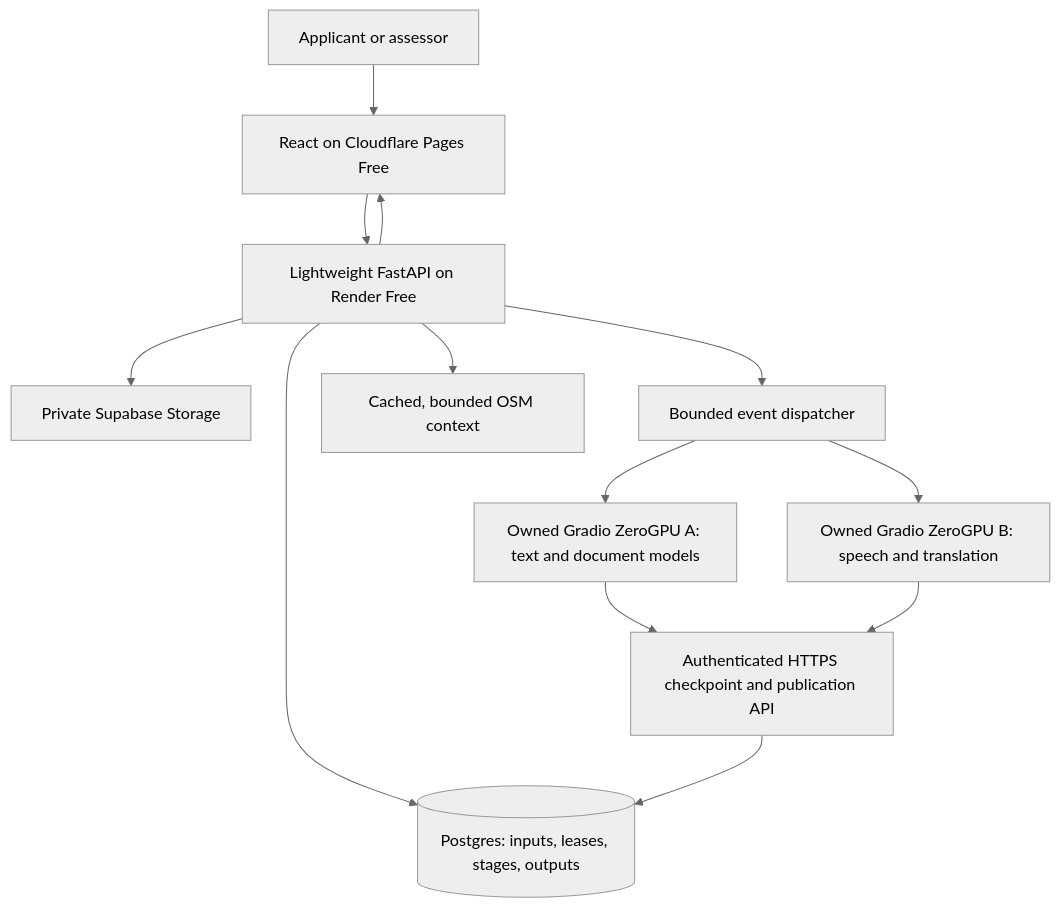
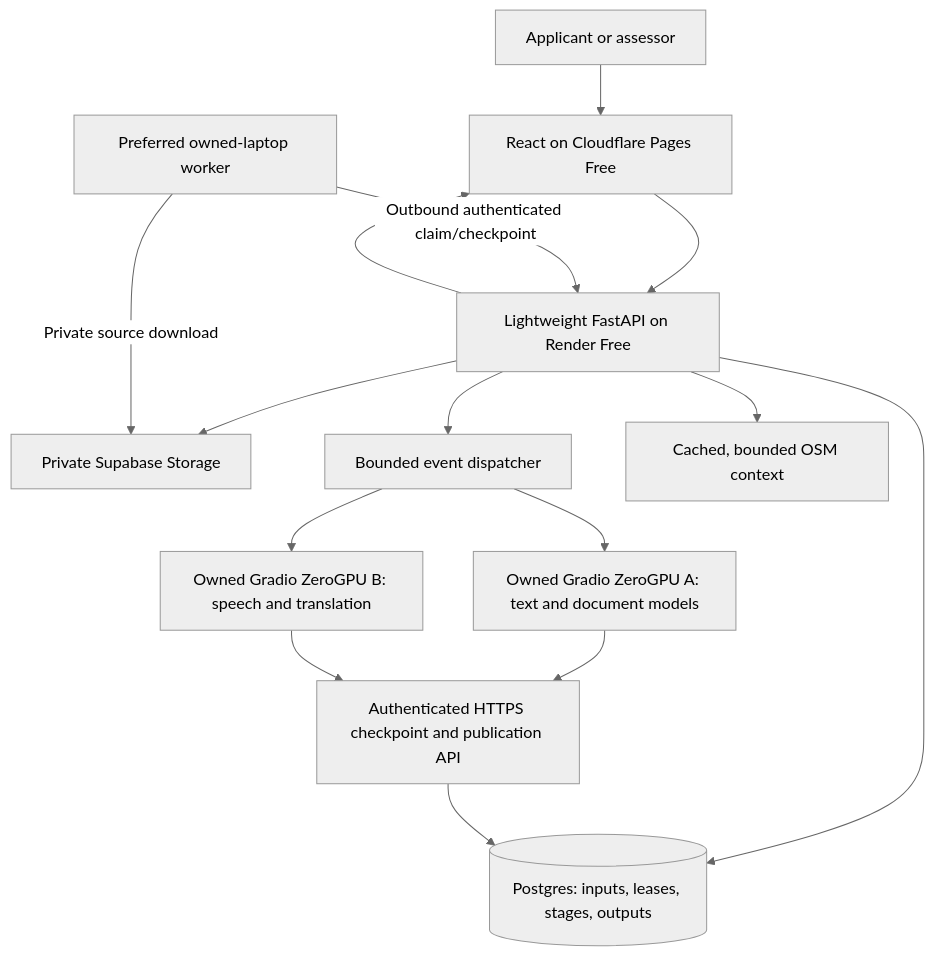
Before and after one commit to kushal-s0/odyssey: the diagram in planning/IMPLEMENTATION_PLAN.md, drawn with Mermaid (neutral theme). The commit also changed other lines of this file and 12 other files, not shown here.

````diff
--- a/planning/IMPLEMENTATION_PLAN.md
+++ b/planning/IMPLEMENTATION_PLAN.md
@@ -105,15 +109,17 @@
 ```mermaid
 flowchart TD
   U[Applicant or assessor] --> W[React on Cloudflare Pages Free]
   W --> A[Lightweight FastAPI on Render Free]
   A --> S[Private Supabase Storage]
   A --> D[(Postgres: inputs, leases, stages, outputs)]
   A --> Q[Bounded event dispatcher]
   Q --> R1[Owned Gradio ZeroGPU A: text and document models]
   Q --> R2[Owned Gradio ZeroGPU B: speech and translation]
+  L[Preferred owned-laptop worker] -->|Outbound authenticated claim/checkpoint| A
+  L -->|Private source download| S
   R1 --> P[Authenticated HTTPS checkpoint and publication API]
   R2 --> P
   P --> D
   A --> O[Cached, bounded OSM context]
   A --> W
 ```
````
